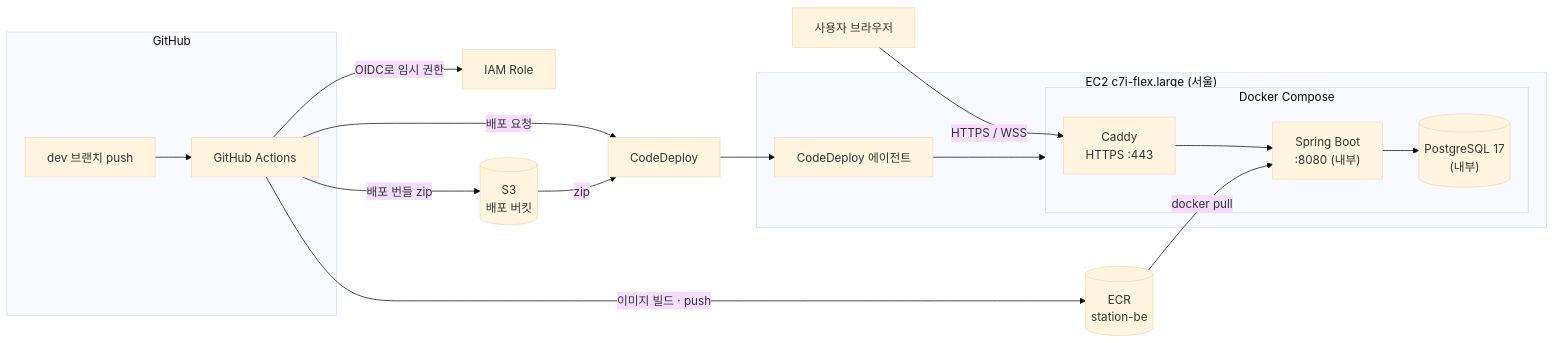
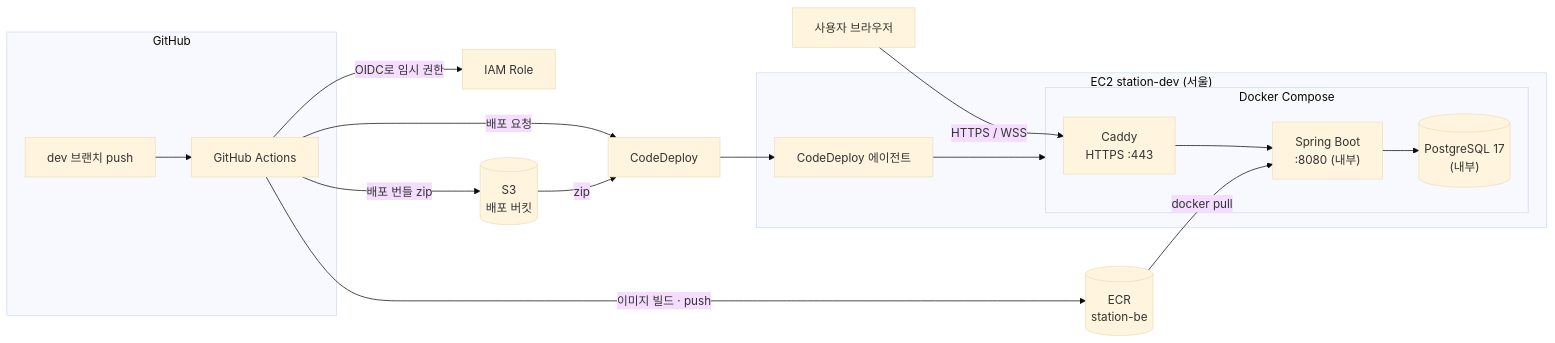
The diagram in docs/INFRA.md (2026Ganzi-Thon/2026_GANZITHON_TEAM_06_BE), drawn with Mermaid (base theme) before and after one commit. The commit also changed other lines of this file, not shown here.

````diff
--- a/docs/INFRA.md
+++ b/docs/INFRA.md
@@ -7,24 +8,24 @@
 ```mermaid
 flowchart LR
     subgraph GH["GitHub"]
         R["dev 브랜치 push"] --> W["GitHub Actions"]
     end
 
     W -- "OIDC로 임시 권한" --> IAM["IAM Role"]
     W -- "이미지 빌드 · push" --> ECR[("ECR<br/>station-be")]
     W -- "배포 번들 zip" --> S3[("S3<br/>배포 버킷")]
     W -- "배포 요청" --> CD["CodeDeploy"]
     S3 -- "zip" --> CD
 
-    subgraph EC2["EC2 c7i-flex.large (서울)"]
+    subgraph EC2["EC2 station-dev (서울)"]
         AG["CodeDeploy 에이전트"] --> DC
         subgraph DC["Docker Compose"]
             C["Caddy<br/>HTTPS :443"] --> A["Spring Boot<br/>:8080 (내부)"]
             A --> D[("PostgreSQL 17<br/>(내부)")]
         end
     end
 
     CD --> AG
     ECR -- "docker pull" --> A
     U["사용자 브라우저"] -- "HTTPS / WSS" --> C
 ```
````
